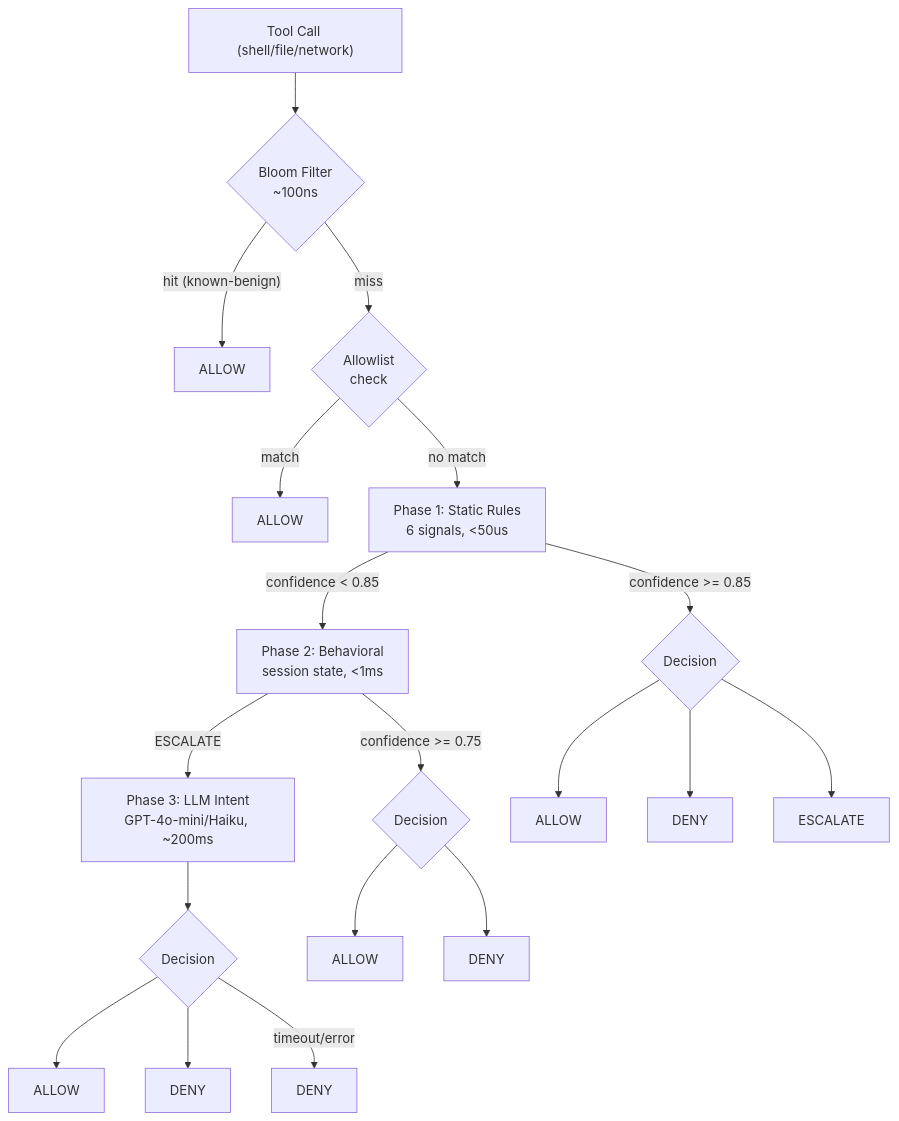
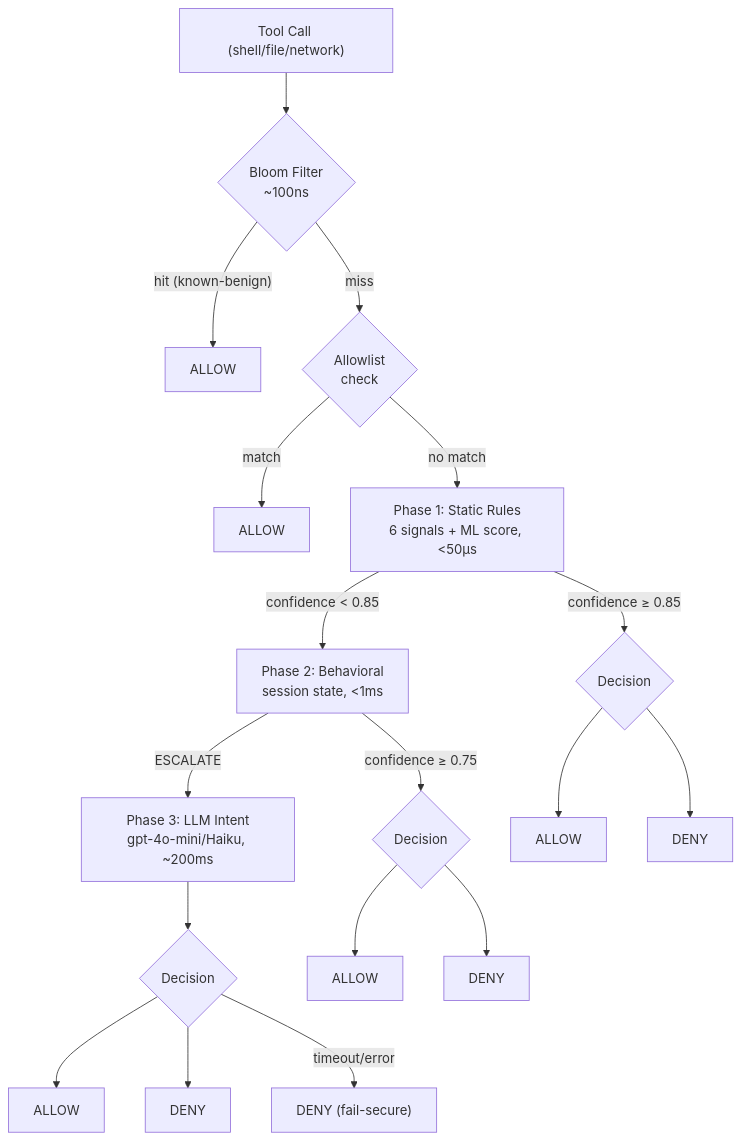
One commit to mayankjain0141/nixis changed the diagram in README.md. Above: the diagram before and after it, drawn with Mermaid. The commit also changed other lines of this file, not shown here.

Commit message:
docs: README rewrite — terminal demo, CLI reference, YAML policies, updated architecture, docs index

````diff
--- a/README.md
+++ b/README.md
@@ -28,21 +47,20 @@
 ```mermaid
 flowchart TD
     ToolCall["Tool Call (shell/file/network)"] --> Bloom{"Bloom Filter\n~100ns"}
     Bloom -->|"hit (known-benign)"| Allow1[ALLOW]
     Bloom -->|miss| Allowlist{"Allowlist\ncheck"}
     Allowlist -->|match| Allow2[ALLOW]
-    Allowlist -->|no match| Phase1["Phase 1: Static Rules\n6 signals, <50us"]
-    Phase1 -->|"confidence >= 0.85"| Final1{Decision}
+    Allowlist -->|no match| Phase1["Phase 1: Static Rules\n6 signals + ML score, <50µs"]
+    Phase1 -->|"confidence ≥ 0.85"| Final1{Decision}
     Phase1 -->|"confidence < 0.85"| Phase2["Phase 2: Behavioral\nsession state, <1ms"]
-    Phase2 -->|"confidence >= 0.75"| Final2{Decision}
-    Phase2 -->|ESCALATE| Phase3["Phase 3: LLM Intent\nGPT-4o-mini/Haiku, ~200ms"]
+    Phase2 -->|"confidence ≥ 0.75"| Final2{Decision}
+    Phase2 -->|ESCALATE| Phase3["Phase 3: LLM Intent\ngpt-4o-mini/Haiku, ~200ms"]
     Phase3 --> Final3{Decision}
     Final1 --> Allow3[ALLOW]
     Final1 --> Deny1[DENY]
-    Final1 --> Escalate1[ESCALATE]
     Final2 --> Allow4[ALLOW]
     Final2 --> Deny2[DENY]
     Final3 --> Allow5[ALLOW]
     Final3 --> Deny3[DENY]
-    Final3 -->|"timeout/error"| FailSecure[DENY]
+    Final3 -->|"timeout/error"| FailSecure["DENY (fail-secure)"]
 ```
````
